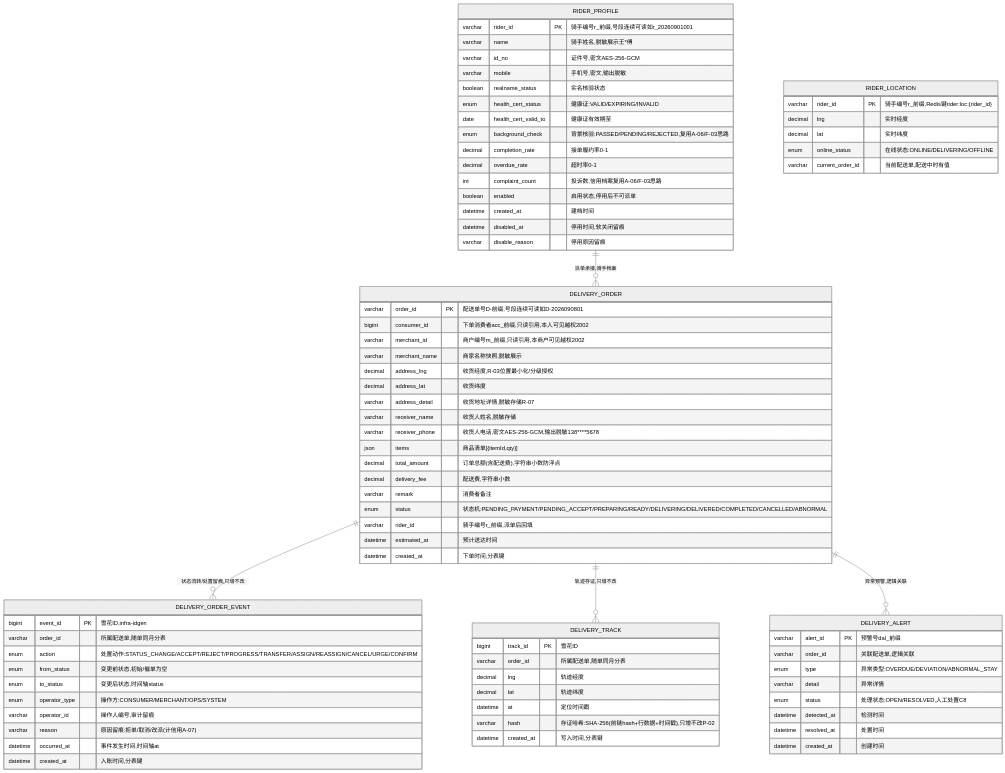
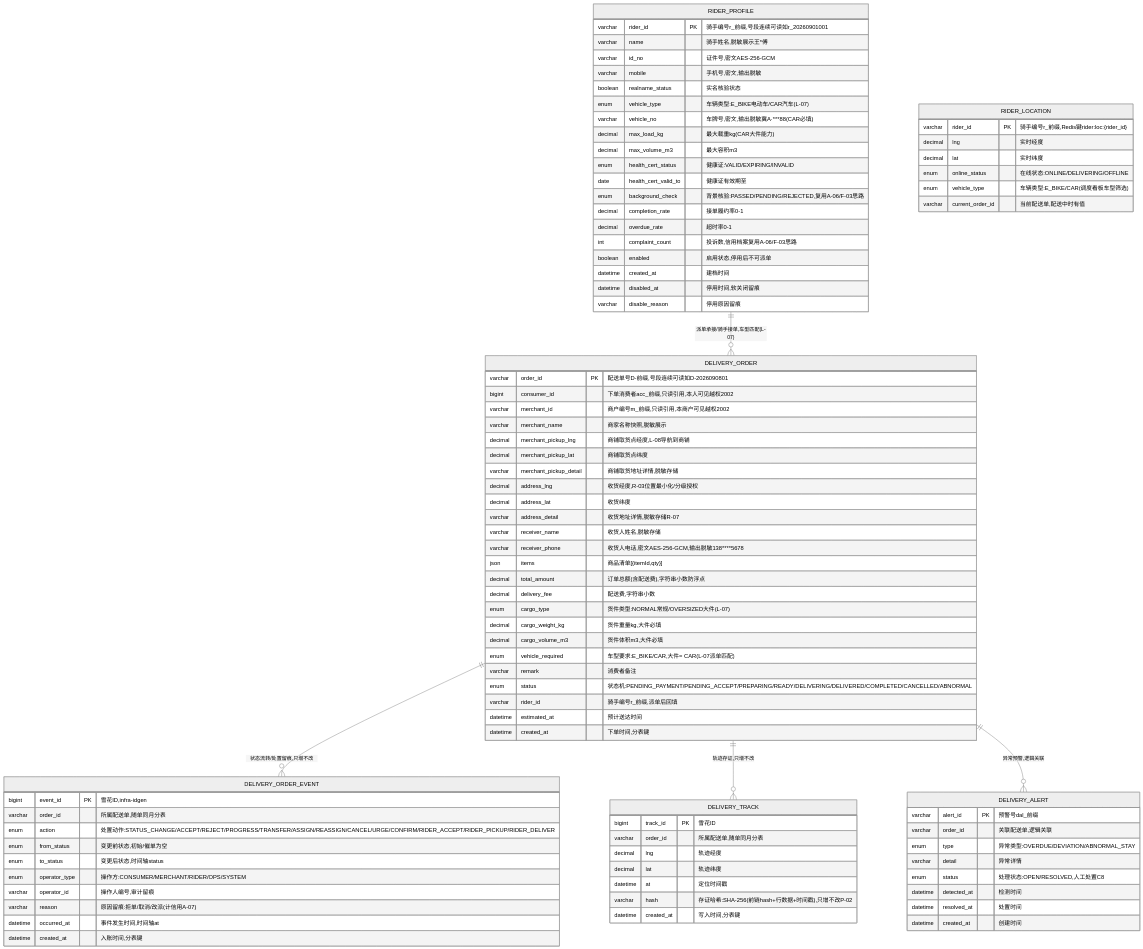
The diagram in services/delivery/docs/er.md (jzywm/Livelihood-Platform), drawn with Mermaid (neutral theme) before and after one commit. The commit also changed other lines of this file and 95 other files, not shown here.

````diff
--- a/services/delivery/docs/er.md
+++ b/services/delivery/docs/er.md
@@ -12,15 +12,20 @@
 ```mermaid
 erDiagram
-    %% DELIVERY 配送域 ER 图 · 本地配送 L-01~L-06（下单定位/状态机跟踪/商家接单备货/运营调度/运力管理/轨迹存证）
+    %% DELIVERY 配送域 ER 图 · 本地配送 L-01~L-08（下单定位/状态机跟踪/商家接单备货/运营调度/运力管理/轨迹存证/车型大件兼容/骑手端与实时位置共享）
     %% 存储：共享主库 + delivery_ schema 前缀隔离；只增流水类按月分表(delivery_order/delivery_order_event/delivery_track_YYYYMM)
     %% 位置/轨迹按 R-03 分级授权(本人可见→授权可见→脱敏公示)、敏感字段密文(R-07)；轨迹只增不改+哈希存证(复用P-02)
     %% 结算复用 SETTLE、骑手信用复用 CRED、预警上报 DASH、出证复用 TICKET、账号/商品只读引用——逻辑关联、非外键
+    %% L-07 车型与大件兼容：车辆类型 E_BIKE(电动车)/CAR(汽车)、货件规格(常规/大件)、派单按车型匹配
+    %% L-08 骑手端与实时位置共享：骑手端位置心跳(POST /delivery/rider/location)写 Redis + 轨迹异步入存证链；配送中买家可见、送达即切断(R-03 授权可见级)
 
     DELIVERY_ORDER {
         varchar order_id PK "配送单号D-前缀,号段连续可读如D-2026090801"
         bigint consumer_id "下单消费者acc_前缀,只读引用,本人可见越权2002"
         varchar merchant_id "商户编号m_前缀,只读引用,本商户可见越权2002"
         varchar merchant_name "商家名称快照,脱敏展示"
+        decimal merchant_pickup_lng "商铺取货点经度,L-08导航到商铺"
+        decimal merchant_pickup_lat "商铺取货点纬度"
+        varchar merchant_pickup_detail "商铺取货地址详情,脱敏存储"
         decimal address_lng "收货经度,R-03位置最小化/分级授权"
         decimal address_lat "收货纬度"
         varchar address_detail "收货地址详情,脱敏存储R-07"
@@ -29,6 +34,10 @@
         json items "商品清单[{itemId,qty}]"
         decimal total_amount "订单总额(含配送费),字符串小数防浮点"
         decimal delivery_fee "配送费,字符串小数"
+        enum cargo_type "货件类型:NORMAL常规/OVERSIZED大件(L-07)"
+        decimal cargo_weight_kg "货件重量kg,大件必填"
+        decimal cargo_volume_m3 "货件体积m3,大件必填"
+        enum vehicle_required "车型要求:E_BIKE/CAR,大件= CAR(L-07派单匹配)"
         varchar remark "消费者备注"
         enum status "状态机:PENDING_PAYMENT/PENDING_ACCEPT/PREPARING/READY/DELIVERING/DELIVERED/COMPLETED/CANCELLED/ABNORMAL"
         varchar rider_id "骑手编号r_前缀,派单后回填"
@@ -39,10 +48,10 @@
     DELIVERY_ORDER_EVENT {
         bigint event_id PK "雪花ID,infra-idgen"
         varchar order_id "所属配送单,随单同月分表"
-        enum action "处置动作:STATUS_CHANGE/ACCEPT/REJECT/PROGRESS/TRANSFER/ASSIGN/REASSIGN/CANCEL/URGE/CONFIRM"
+        enum action "处置动作:STATUS_CHANGE/ACCEPT/REJECT/PROGRESS/TRANSFER/ASSIGN/REASSIGN/CANCEL/URGE/CONFIRM/RIDER_ACCEPT/RIDER_PICKUP/RIDER_DELIVER"
         enum from_status "变更前状态,初始/催单为空"
         enum to_status "变更后状态,时间轴status"
-        enum operator_type "操作方:CONSUMER/MERCHANT/OPS/SYSTEM"
+        enum operator_type "操作方:CONSUMER/MERCHANT/RIDER/OPS/SYSTEM"
         varchar operator_id "操作人编号,审计留痕"
         varchar reason "原因留痕:拒单/取消/改派(计信用A-07)"
         datetime occurred_at "事件发生时间,时间轴at"
@@ -65,6 +74,10 @@
         varchar id_no "证件号,密文AES-256-GCM"
         varchar mobile "手机号,密文,输出脱敏"
         boolean realname_status "实名核验状态"
+        enum vehicle_type "车辆类型:E_BIKE电动车/CAR汽车(L-07)"
+        varchar vehicle_no "车牌号,密文,输出脱敏冀A·***88(CAR必填)"
+        decimal max_load_kg "最大载重kg(CAR大件能力)"
+        decimal max_volume_m3 "最大容积m3"
         enum health_cert_status "健康证:VALID/EXPIRING/INVALID"
         date health_cert_valid_to "健康证有效期至"
         enum background_check "背景核验:PASSED/PENDING/REJECTED,复用A-06/F-03思路"
@@ -93,17 +106,19 @@
         decimal lng "实时经度"
         decimal lat "实时纬度"
         enum online_status "在线状态:ONLINE/DELIVERING/OFFLINE"
+        enum vehicle_type "车辆类型:E_BIKE/CAR(调度看板车型筛选)"
         varchar current_order_id "当前配送单,配送中时有值"
     }
 
     DELIVERY_ORDER ||--o{ DELIVERY_ORDER_EVENT : "状态流转/处置留痕,只增不改"
     DELIVERY_ORDER ||--o{ DELIVERY_TRACK : "轨迹存证,只增不改"
-    RIDER_PROFILE ||--o{ DELIVERY_ORDER : "派单承接,骑手档案"
+    RIDER_PROFILE ||--o{ DELIVERY_ORDER : "派单承接/骑手接单,车型匹配(L-07)"
     DELIVERY_ORDER ||--o{ DELIVERY_ALERT : "异常预警,逻辑关联"
 
-    %% RIDER_LOCATION 存 Redis(在线状态/实时位置,心跳刷新),不入 MySQL;经 rider_id 与 rider_profile 逻辑关联
+    %% RIDER_LOCATION 存 Redis(在线状态/实时位置/车型,骑手端心跳刷新),不入 MySQL;经 rider_id 与 rider_profile 逻辑关联
     %% 外部逻辑关联(经内部接口/事件,非外键):consumer_id→ACC(账号实名,只读引用);merchant_id→TRADE/CRED(只读引用);
     %% 骑手信用/拒单履约事件→CRED(A-06/F-03,上报评分);结算/退款→SETTLE(I-04分账反向,支付确认回调驱动状态机);
     %% 超时/偏航/异常停留预警→DASH(A-08聚合);轨迹出证/纠纷仲裁→TICKET(D-02/T-15,复用不建第二套);
-    %% 位置/轨迹数据源=手机GPS前端直连(F-02,不做北斗硬件对接);商品清单items→PROD只读取数
+    %% 位置/轨迹数据源=骑手端手机GPS心跳(POST /delivery/rider/location,前端直连,不做北斗硬件对接);商品清单items→PROD只读取数;
+    %% 导航经地图开放平台(高德)按车型唤起(E_BIKE=骑行/CAR=驾车),H5内嵌地图兜底——坐标由本服务提供、Key由前端环境变量管理
 ```
````
